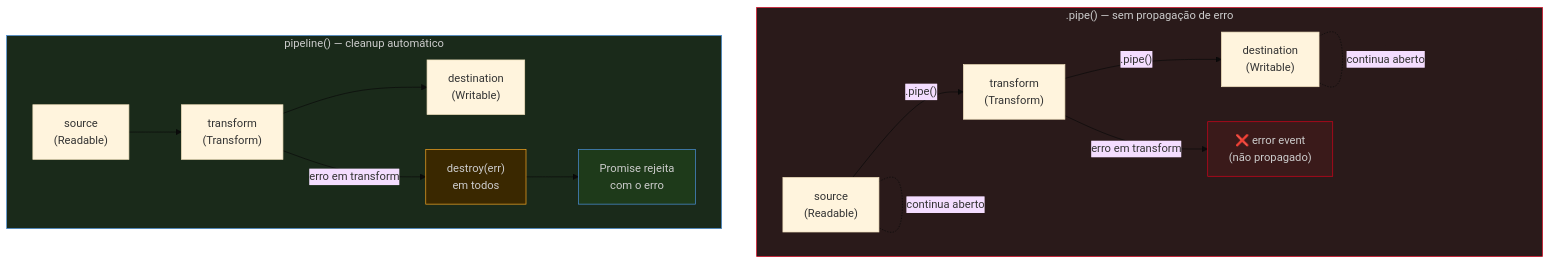
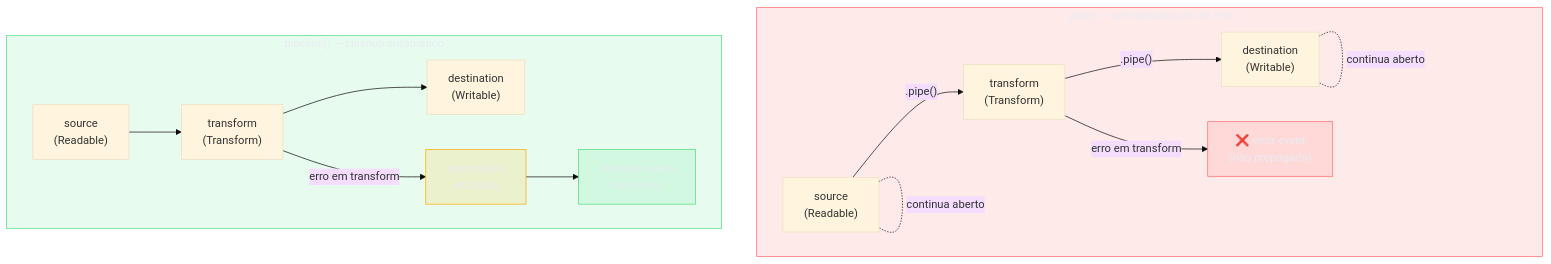
Before and after one commit to josenaldo/codex-technomanticus: the diagram in 03-Dominios/Tecnologia/Node/Streams/07 - pipeline vs pipe - error handling.md, drawn with Mermaid (base theme). The commit also changed 1181 other files, not shown here.

First line of the commit message:
fix(diagramas): paleta do sistema no lugar de cor cravada no markdown

````diff
--- a/03-Dominios/Tecnologia/Node/Streams/07 - pipeline vs pipe - error handling.md
+++ b/03-Dominios/Tecnologia/Node/Streams/07 - pipeline vs pipe - error handling.md
@@ -97,23 +97,26 @@
 ```mermaid
 flowchart TD
+    classDef falha fill:#FF6B6B24,stroke:#FF6B6B,color:#E9ECF2
+    classDef ok fill:#4ADE8021,stroke:#4ADE80,color:#E9ECF2
+    classDef destaque fill:#FFAA0024,stroke:#FFAA00,color:#E9ECF2
     subgraph PIPE [".pipe() — sem propagação de erro"]
         direction LR
         PA["source\n(Readable)"] -->|".pipe()"| PB["transform\n(Transform)"] -->|".pipe()"| PC["destination\n(Writable)"]
         PB -- "erro em transform" --> PE["❌ error event\n(não propagado)"]
         PA -. "continua aberto" .- PA
         PC -. "continua aberto" .- PC
     end
 
     subgraph PIPELINE ["pipeline() — cleanup automático"]
         direction LR
         QA["source\n(Readable)"] --> QB["transform\n(Transform)"] --> QC["destination\n(Writable)"]
         QB -- "erro em transform" --> QD["destroy(err)\nem todos"]
         QD --> QE["Promise rejeita\ncom o erro"]
     end
 
-    style PIPE fill:#2a1a1a,stroke:#D0021B,color:#ccc
-    style PIPELINE fill:#1a2a1a,stroke:#4A90D9,color:#ccc
-    style PE fill:#3a1a1a,stroke:#D0021B,color:#ccc
-    style QD fill:#3a2800,stroke:#F5A623,color:#ccc
-    style QE fill:#1e3a1a,stroke:#4A90D9,color:#ccc
+    class PIPE falha
+    class PIPELINE ok
+    class PE falha
+    class QD destaque
+    class QE ok
 ```
````
